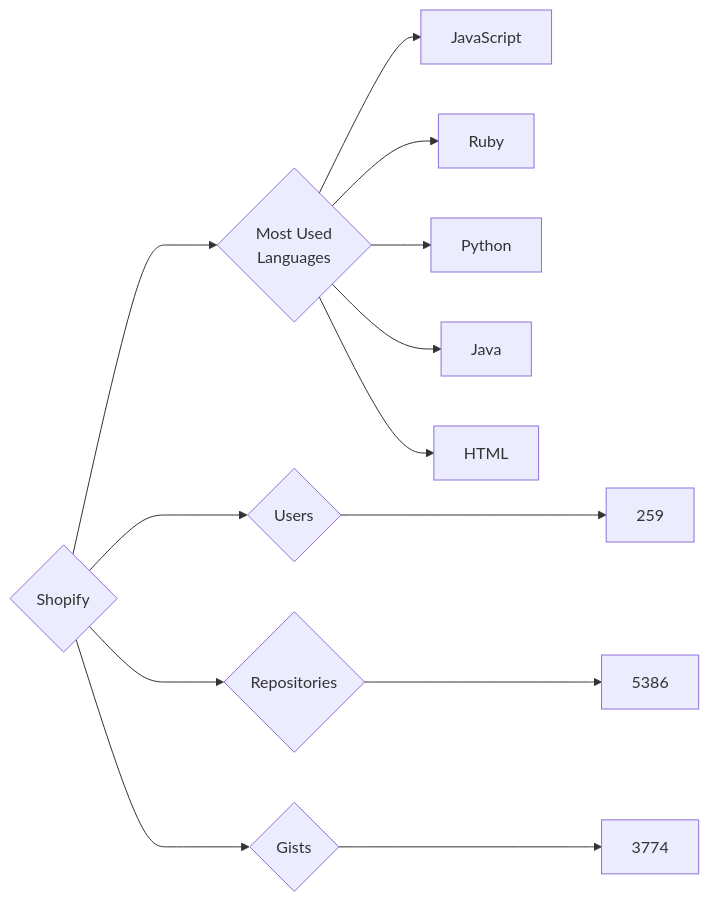
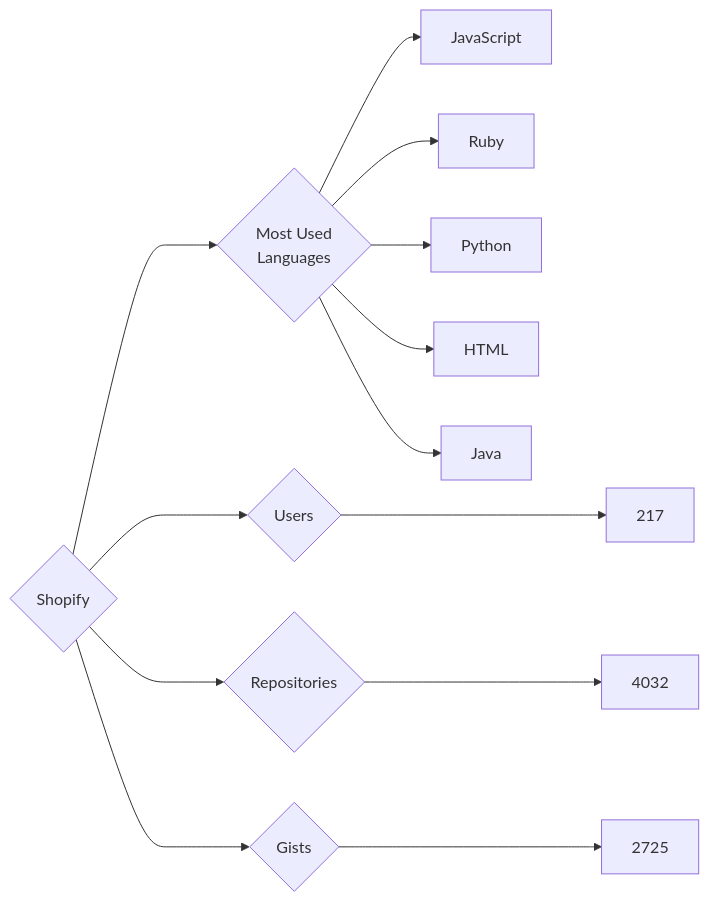
Before and after one commit to trickest/insiders: the diagram in targets/Shopify/README.md, drawn with Mermaid. The commit also changed 1011 other files, not shown here.

````diff
--- a/targets/Shopify/README.md
+++ b/targets/Shopify/README.md
@@ -3,13 +3,13 @@
 ```mermaid
 graph LR
 COMPANY_NAME{Shopify}
-COMPANY_NAME ---> U{Users} ---> UN[259]
-COMPANY_NAME ---> R{Repositories} ---> RN[5386]
-COMPANY_NAME ---> G{Gists} ---> GN[3774]
+COMPANY_NAME ---> U{Users} ---> UN[217]
+COMPANY_NAME ---> R{Repositories} ---> RN[4032]
+COMPANY_NAME ---> G{Gists} ---> GN[2725]
 COMPANY_NAME ---> ML{Most Used<br>Languages}
 ML --> JavaScript[JavaScript]
 ML --> Ruby[Ruby]
 ML --> Python[Python]
+ML --> HTML[HTML]
 ML --> Java[Java]
-ML --> HTML[HTML]
 ```
````
